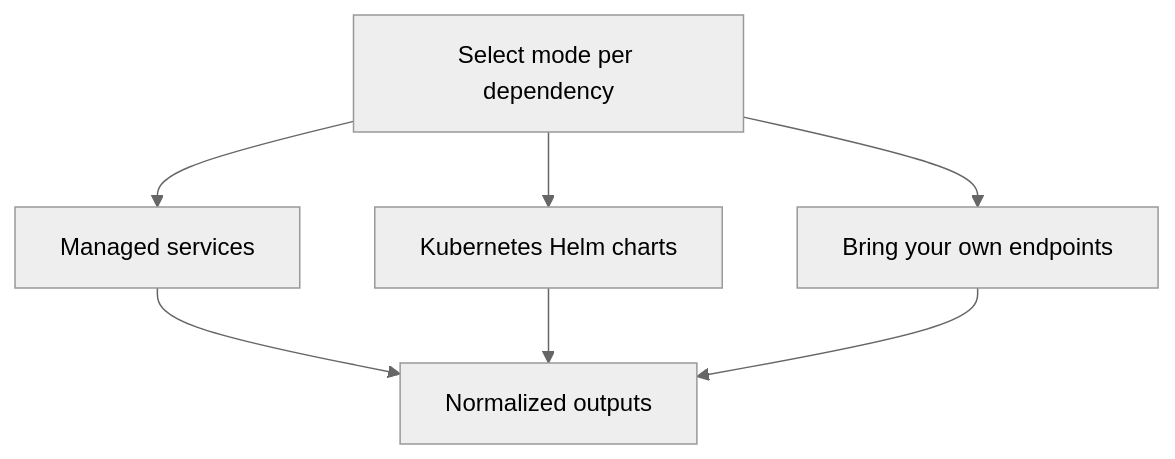
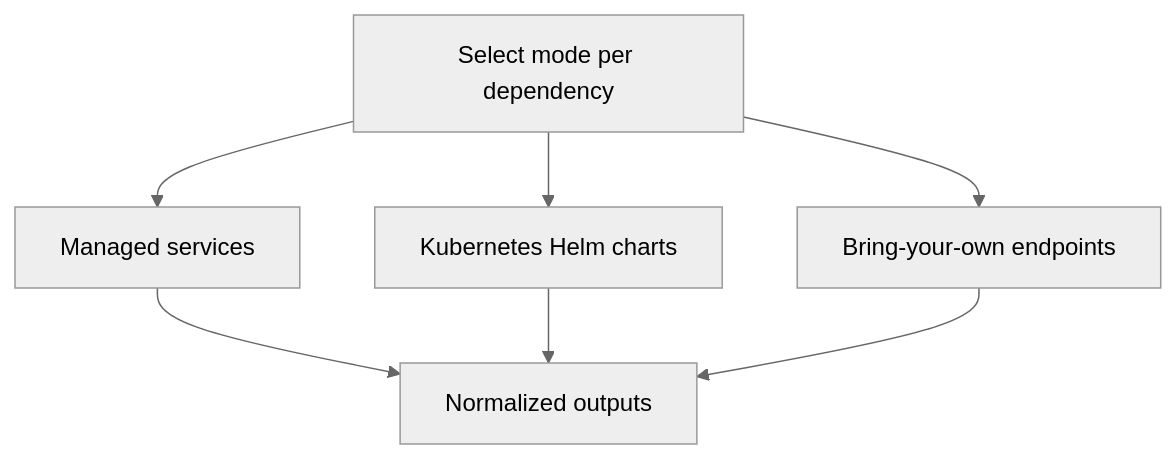
One commit to settlemint/btp-universal-terraform changed the diagram in docs/concepts.md. Above: the diagram before and after it, drawn with Mermaid. The commit also changed other lines of this file and 13 other files, not shown here.

Commit message:
docs: enhance architecture and concepts documentation for clarity and structure

````diff
--- a/docs/concepts.md
+++ b/docs/concepts.md
@@ -11,11 +25,11 @@
 ```mermaid
 %%{init: {'theme':'neutral','securityLevel':'loose','flowchart':{'htmlLabels':true,'curve':'basis'}}}%%
 flowchart TD
   start[Select mode per dependency]
   start --> managed["Managed services"]
   start --> k8s["Kubernetes Helm charts"]
-  start --> byo["Bring your own endpoints"]
+  start --> byo["Bring-your-own endpoints"]
   managed --> outputs["Normalized outputs"]
   k8s --> outputs
   byo --> outputs
 ```
````
